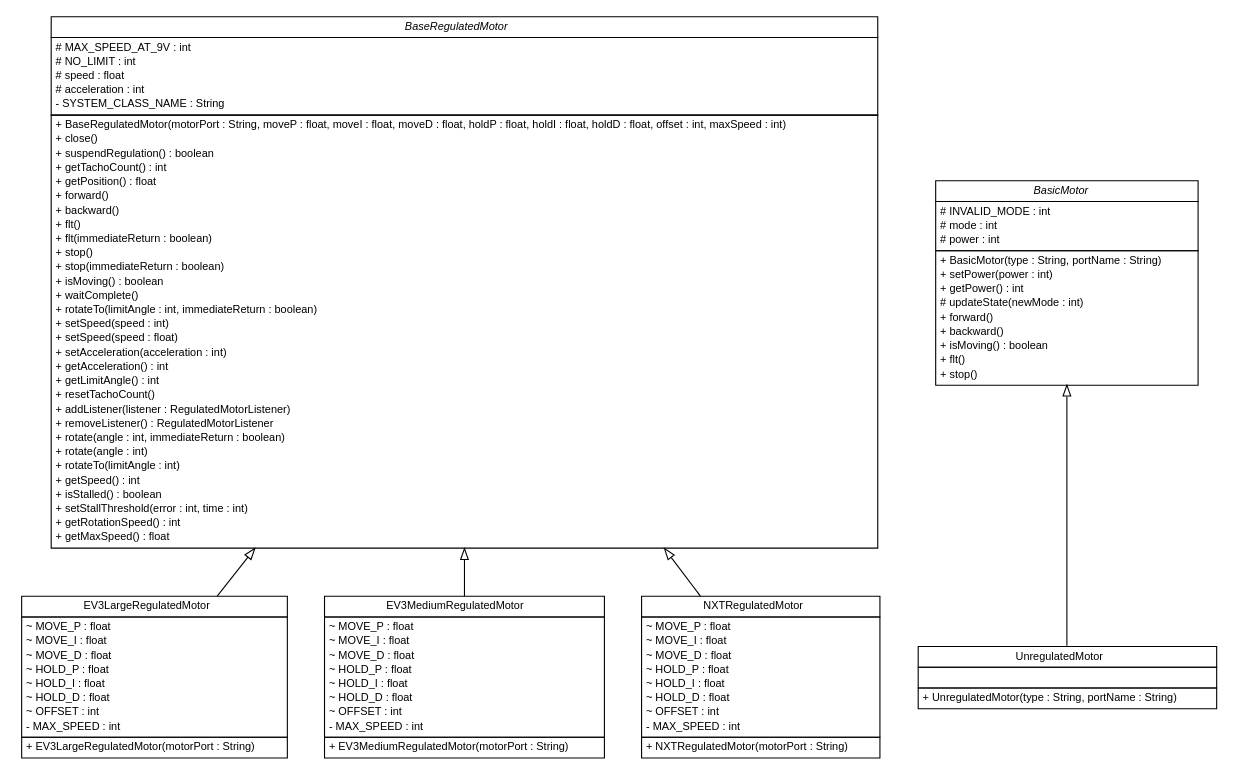
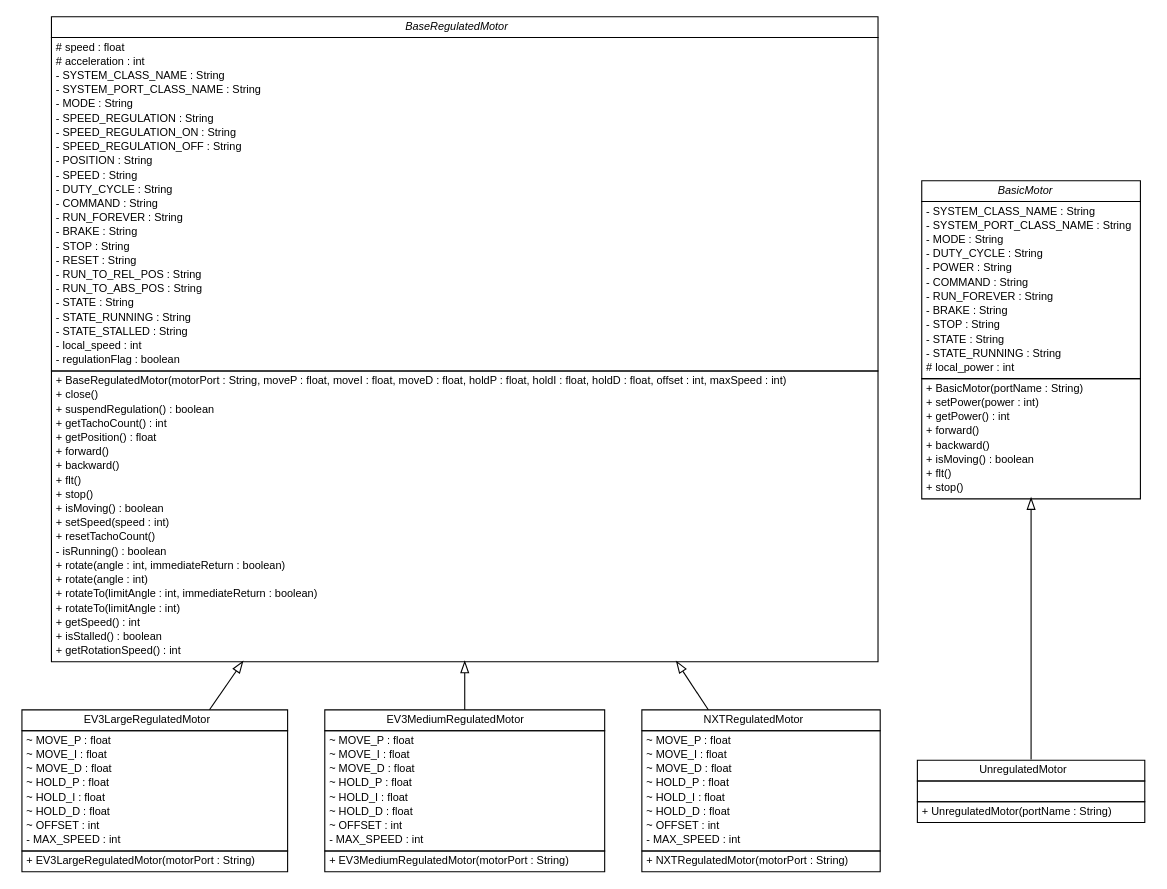
One commit to DMyTryC/ev3dev-lang-java changed the diagram in docs/api/ev3dev/hardware/motor/ev3dev.hardware.motor.dot. Above: the diagram before and after it, drawn with Graphviz. The commit also changed 477 other files, not shown here.

```diff
--- a/docs/api/ev3dev/hardware/motor/ev3dev.hardware.motor.dot
+++ b/docs/api/ev3dev/hardware/motor/ev3dev.hardware.motor.dot
@@ -10,16 +10,34 @@
 	nodesep=0.25;
 	ranksep=0.5;
 	// ev3dev.hardware.motor.BaseRegulatedMotor
-	c64 [label=<<table title="ev3dev.hardware.motor.BaseRegulatedMotor" border="0" cellborder="1" cellspacing="0" cellpadding="2" port="p" href="./BaseRegulatedMotor.html">
+	c154 [label=<<table title="ev3dev.hardware.motor.BaseRegulatedMotor" border="0" cellborder="1" cellspacing="0" cellpadding="2" port="p" href="./BaseRegulatedMotor.html">
 		<tr><td><table border="0" cellspacing="0" cellpadding="1">
 <tr><td align="center" balign="center"><font face="Helvetica-Oblique"> BaseRegulatedMotor </font></td></tr>
 		</table></td></tr>
 		<tr><td><table border="0" cellspacing="0" cellpadding="1">
-<tr><td align="left" balign="left"> # MAX_SPEED_AT_9V : int </td></tr>
-<tr><td align="left" balign="left"> # NO_LIMIT : int </td></tr>
 <tr><td align="left" balign="left"> # speed : float </td></tr>
 <tr><td align="left" balign="left"> # acceleration : int </td></tr>
 <tr><td align="left" balign="left"> - SYSTEM_CLASS_NAME : String </td></tr>
+<tr><td align="left" balign="left"> - SYSTEM_PORT_CLASS_NAME : String </td></tr>
+<tr><td align="left" balign="left"> - MODE : String </td></tr>
+<tr><td align="left" balign="left"> - SPEED_REGULATION : String </td></tr>
+<tr><td align="left" balign="left"> - SPEED_REGULATION_ON : String </td></tr>
+<tr><td align="left" balign="left"> - SPEED_REGULATION_OFF : String </td></tr>
+<tr><td align="left" balign="left"> - POSITION : String </td></tr>
+<tr><td align="left" balign="left"> - SPEED : String </td></tr>
+<tr><td align="left" balign="left"> - DUTY_CYCLE : String </td></tr>
+<tr><td align="left" balign="left"> - COMMAND : String </td></tr>
+<tr><td align="left" balign="left"> - RUN_FOREVER : String </td></tr>
+<tr><td align="left" balign="left"> - BRAKE : String </td></tr>
+<tr><td align="left" balign="left"> - STOP : String </td></tr>
+<tr><td align="left" balign="left"> - RESET : String </td></tr>
+<tr><td align="left" balign="left"> - RUN_TO_REL_POS : String </td></tr>
+<tr><td align="left" balign="left"> - RUN_TO_ABS_POS : String </td></tr>
+<tr><td align="left" balign="left"> - STATE : String </td></tr>
+<tr><td align="left" balign="left"> - STATE_RUNNING : String </td></tr>
+<tr><td align="left" balign="left"> - STATE_STALLED : String </td></tr>
+<tr><td align="left" balign="left"> - local_speed : int </td></tr>
+<tr><td align="left" balign="left"> - regulationFlag : boolean </td></tr>
 		</table></td></tr>
 		<tr><td><table border="0" cellspacing="0" cellpadding="1">
 <tr><td align="left" balign="left"> + BaseRegulatedMotor(motorPort : String, moveP : float, moveI : float, moveD : float, holdP : float, holdI : float, holdD : float, offset : int, maxSpeed : int) </td></tr>
@@ -30,45 +48,43 @@
 <tr><td align="left" balign="left"> + forward() </td></tr>
 <tr><td align="left" balign="left"> + backward() </td></tr>
 <tr><td align="left" balign="left"> + flt() </td></tr>
-<tr><td align="left" balign="left"> + flt(immediateReturn : boolean) </td></tr>
 <tr><td align="left" balign="left"> + stop() </td></tr>
-<tr><td align="left" balign="left"> + stop(immediateReturn : boolean) </td></tr>
 <tr><td align="left" balign="left"> + isMoving() : boolean </td></tr>
-<tr><td align="left" balign="left"> + waitComplete() </td></tr>
-<tr><td align="left" balign="left"> + rotateTo(limitAngle : int, immediateReturn : boolean) </td></tr>
 <tr><td align="left" balign="left"> + setSpeed(speed : int) </td></tr>
-<tr><td align="left" balign="left"> + setSpeed(speed : float) </td></tr>
-<tr><td align="left" balign="left"> + setAcceleration(acceleration : int) </td></tr>
-<tr><td align="left" balign="left"> + getAcceleration() : int </td></tr>
-<tr><td align="left" balign="left"> + getLimitAngle() : int </td></tr>
 <tr><td align="left" balign="left"> + resetTachoCount() </td></tr>
-<tr><td align="left" balign="left"> + addListener(listener : RegulatedMotorListener) </td></tr>
-<tr><td align="left" balign="left"> + removeListener() : RegulatedMotorListener </td></tr>
+<tr><td align="left" balign="left"> - isRunning() : boolean </td></tr>
 <tr><td align="left" balign="left"> + rotate(angle : int, immediateReturn : boolean) </td></tr>
 <tr><td align="left" balign="left"> + rotate(angle : int) </td></tr>
+<tr><td align="left" balign="left"> + rotateTo(limitAngle : int, immediateReturn : boolean) </td></tr>
 <tr><td align="left" balign="left"> + rotateTo(limitAngle : int) </td></tr>
 <tr><td align="left" balign="left"> + getSpeed() : int </td></tr>
 <tr><td align="left" balign="left"> + isStalled() : boolean </td></tr>
-<tr><td align="left" balign="left"> + setStallThreshold(error : int, time : int) </td></tr>
 <tr><td align="left" balign="left"> + getRotationSpeed() : int </td></tr>
-<tr><td align="left" balign="left"> + getMaxSpeed() : float </td></tr>
 		</table></td></tr>
 		</table>>, URL="./BaseRegulatedMotor.html", fontname="Helvetica", fontcolor="black", fontsize=10.0];
 	// ev3dev.hardware.motor.BasicMotor
-	c65 [label=<<table title="ev3dev.hardware.motor.BasicMotor" border="0" cellborder="1" cellspacing="0" cellpadding="2" port="p" href="./BasicMotor.html">
+	c155 [label=<<table title="ev3dev.hardware.motor.BasicMotor" border="0" cellborder="1" cellspacing="0" cellpadding="2" port="p" href="./BasicMotor.html">
 		<tr><td><table border="0" cellspacing="0" cellpadding="1">
 <tr><td align="center" balign="center"><font face="Helvetica-Oblique"> BasicMotor </font></td></tr>
 		</table></td></tr>
 		<tr><td><table border="0" cellspacing="0" cellpadding="1">
-<tr><td align="left" balign="left"> # INVALID_MODE : int </td></tr>
-<tr><td align="left" balign="left"> # mode : int </td></tr>
-<tr><td align="left" balign="left"> # power : int </td></tr>
+<tr><td align="left" balign="left"> - SYSTEM_CLASS_NAME : String </td></tr>
+<tr><td align="left" balign="left"> - SYSTEM_PORT_CLASS_NAME : String </td></tr>
+<tr><td align="left" balign="left"> - MODE : String </td></tr>
+<tr><td align="left" balign="left"> - DUTY_CYCLE : String </td></tr>
+<tr><td align="left" balign="left"> - POWER : String </td></tr>
+<tr><td align="left" balign="left"> - COMMAND : String </td></tr>
+<tr><td align="left" balign="left"> - RUN_FOREVER : String </td></tr>
+<tr><td align="left" balign="left"> - BRAKE : String </td></tr>
+<tr><td align="left" balign="left"> - STOP : String </td></tr>
+<tr><td align="left" balign="left"> - STATE : String </td></tr>
+<tr><td align="left" balign="left"> - STATE_RUNNING : String </td></tr>
+<tr><td align="left" balign="left"> # local_power : int </td></tr>
 		</table></td></tr>
 		<tr><td><table border="0" cellspacing="0" cellpadding="1">
-<tr><td align="left" balign="left"> + BasicMotor(type : String, portName : String) </td></tr>
+<tr><td align="left" balign="left"> + BasicMotor(portName : String) </td></tr>
 <tr><td align="left" balign="left"> + setPower(power : int) </td></tr>
 <tr><td align="left" balign="left"> + getPower() : int </td></tr>
-<tr><td align="left" balign="left"> # updateState(newMode : int) </td></tr>
 <tr><td align="left" balign="left"> + forward() </td></tr>
 <tr><td align="left" balign="left"> + backward() </td></tr>
 <tr><td align="left" balign="left"> + isMoving() : boolean </td></tr>
@@ -77,7 +93,7 @@
 		</table></td></tr>
 		</table>>, URL="./BasicMotor.html", fontname="Helvetica", fontcolor="black", fontsize=10.0];
 	// ev3dev.hardware.motor.EV3LargeRegulatedMotor
-	c66 [label=<<table title="ev3dev.hardware.motor.EV3LargeRegulatedMotor" border="0" cellborder="1" cellspacing="0" cellpadding="2" port="p" href="./EV3LargeRegulatedMotor.html">
+	c156 [label=<<table title="ev3dev.hardware.motor.EV3LargeRegulatedMotor" border="0" cellborder="1" cellspacing="0" cellpadding="2" port="p" href="./EV3LargeRegulatedMotor.html">
 		<tr><td><table border="0" cellspacing="0" cellpadding="1">
 <tr><td align="center" balign="center"> EV3LargeRegulatedMotor </td></tr>
 		</table></td></tr>
@@ -96,7 +112,7 @@
 		</table></td></tr>
 		</table>>, URL="./EV3LargeRegulatedMotor.html", fontname="Helvetica", fontcolor="black", fontsize=10.0];
 	// ev3dev.hardware.motor.EV3MediumRegulatedMotor
-	c67 [label=<<table title="ev3dev.hardware.motor.EV3MediumRegulatedMotor" border="0" cellborder="1" cellspacing="0" cellpadding="2" port="p" href="./EV3MediumRegulatedMotor.html">
+	c157 [label=<<table title="ev3dev.hardware.motor.EV3MediumRegulatedMotor" border="0" cellborder="1" cellspacing="0" cellpadding="2" port="p" href="./EV3MediumRegulatedMotor.html">
 		<tr><td><table border="0" cellspacing="0" cellpadding="1">
 <tr><td align="center" balign="center"> EV3MediumRegulatedMotor </td></tr>
 		</table></td></tr>
@@ -115,7 +131,7 @@
 		</table></td></tr>
 		</table>>, URL="./EV3MediumRegulatedMotor.html", fontname="Helvetica", fontcolor="black", fontsize=10.0];
 	// ev3dev.hardware.motor.NXTRegulatedMotor
-	c68 [label=<<table title="ev3dev.hardware.motor.NXTRegulatedMotor" border="0" cellborder="1" cellspacing="0" cellpadding="2" port="p" href="./NXTRegulatedMotor.html">
+	c158 [label=<<table title="ev3dev.hardware.motor.NXTRegulatedMotor" border="0" cellborder="1" cellspacing="0" cellpadding="2" port="p" href="./NXTRegulatedMotor.html">
 		<tr><td><table border="0" cellspacing="0" cellpadding="1">
 <tr><td align="center" balign="center"> NXTRegulatedMotor </td></tr>
 		</table></td></tr>
@@ -134,7 +150,7 @@
 		</table></td></tr>
 		</table>>, URL="./NXTRegulatedMotor.html", fontname="Helvetica", fontcolor="black", fontsize=10.0];
 	// ev3dev.hardware.motor.UnregulatedMotor
-	c69 [label=<<table title="ev3dev.hardware.motor.UnregulatedMotor" border="0" cellborder="1" cellspacing="0" cellpadding="2" port="p" href="./UnregulatedMotor.html">
+	c159 [label=<<table title="ev3dev.hardware.motor.UnregulatedMotor" border="0" cellborder="1" cellspacing="0" cellpadding="2" port="p" href="./UnregulatedMotor.html">
 		<tr><td><table border="0" cellspacing="0" cellpadding="1">
 <tr><td align="center" balign="center"> UnregulatedMotor </td></tr>
 		</table></td></tr>
@@ -142,15 +158,15 @@
 <tr><td align="left" balign="left">  </td></tr>
 		</table></td></tr>
 		<tr><td><table border="0" cellspacing="0" cellpadding="1">
-<tr><td align="left" balign="left"> + UnregulatedMotor(type : String, portName : String) </td></tr>
+<tr><td align="left" balign="left"> + UnregulatedMotor(portName : String) </td></tr>
 		</table></td></tr>
 		</table>>, URL="./UnregulatedMotor.html", fontname="Helvetica", fontcolor="black", fontsize=10.0];
 	//ev3dev.hardware.motor.EV3LargeRegulatedMotor extends ev3dev.hardware.motor.BaseRegulatedMotor
-	c64:p -> c66:p [dir=back,arrowtail=empty];
+	c154:p -> c156:p [dir=back,arrowtail=empty];
 	//ev3dev.hardware.motor.EV3MediumRegulatedMotor extends ev3dev.hardware.motor.BaseRegulatedMotor
-	c64:p -> c67:p [dir=back,arrowtail=empty];
+	c154:p -> c157:p [dir=back,arrowtail=empty];
 	//ev3dev.hardware.motor.NXTRegulatedMotor extends ev3dev.hardware.motor.BaseRegulatedMotor
-	c64:p -> c68:p [dir=back,arrowtail=empty];
+	c154:p -> c158:p [dir=back,arrowtail=empty];
 	//ev3dev.hardware.motor.UnregulatedMotor extends ev3dev.hardware.motor.BasicMotor
-	c65:p -> c69:p [dir=back,arrowtail=empty];
+	c155:p -> c159:p [dir=back,arrowtail=empty];
 }
```
